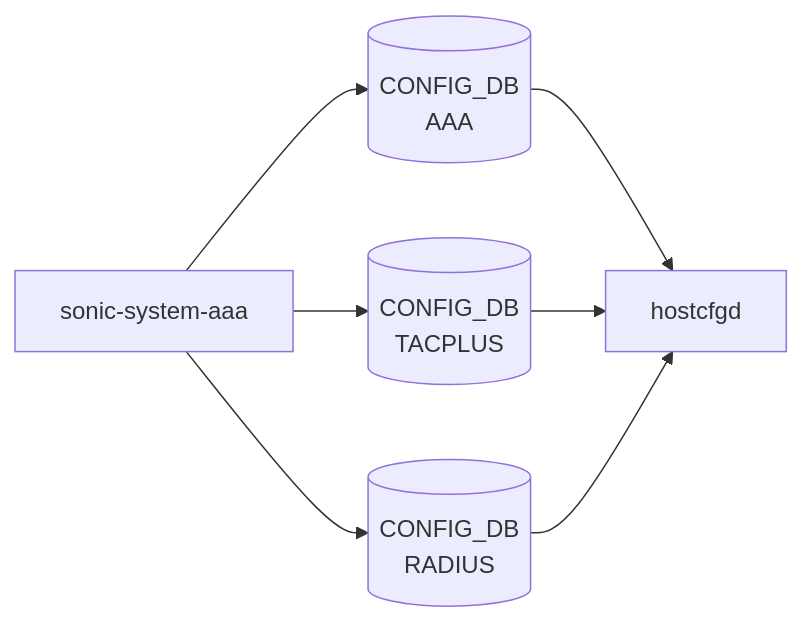
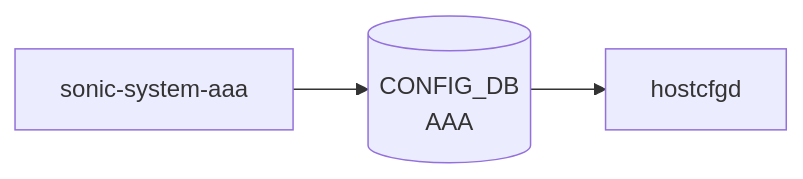
One commit to aoki-taquan/sonic-unofficial-docs changed the diagram in docs/reference/yang/sonic-system-aaa.md. Above: the diagram before and after it, drawn with Mermaid. The commit also changed other lines of this file and 10 other files, not shown here.

````diff
--- a/docs/reference/yang/sonic-system-aaa.md
+++ b/docs/reference/yang/sonic-system-aaa.md
@@ -40,14 +38,8 @@
 ```mermaid
 flowchart LR
   Y["sonic-system-aaa"]
   C1[("CONFIG_DB<br/>AAA")]
   Y --> C1
   D1["hostcfgd"]
   C1 --> D1
-  C2[("CONFIG_DB<br/>TACPLUS")]
-  Y --> C2
-  C2 --> D1
-  C3[("CONFIG_DB<br/>RADIUS")]
-  Y --> C3
-  C3 --> D1
 ```
````
